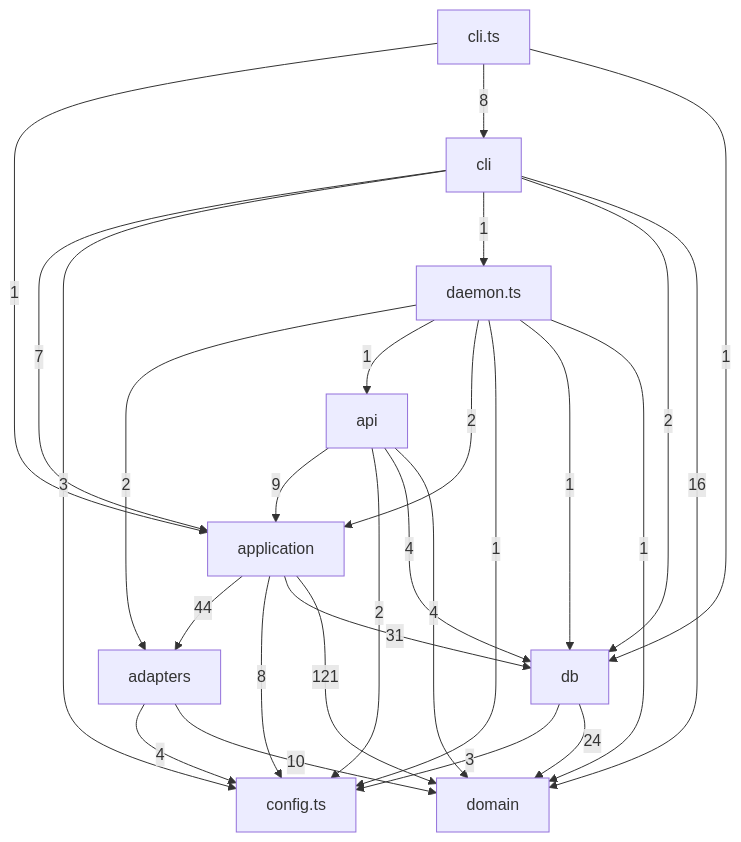
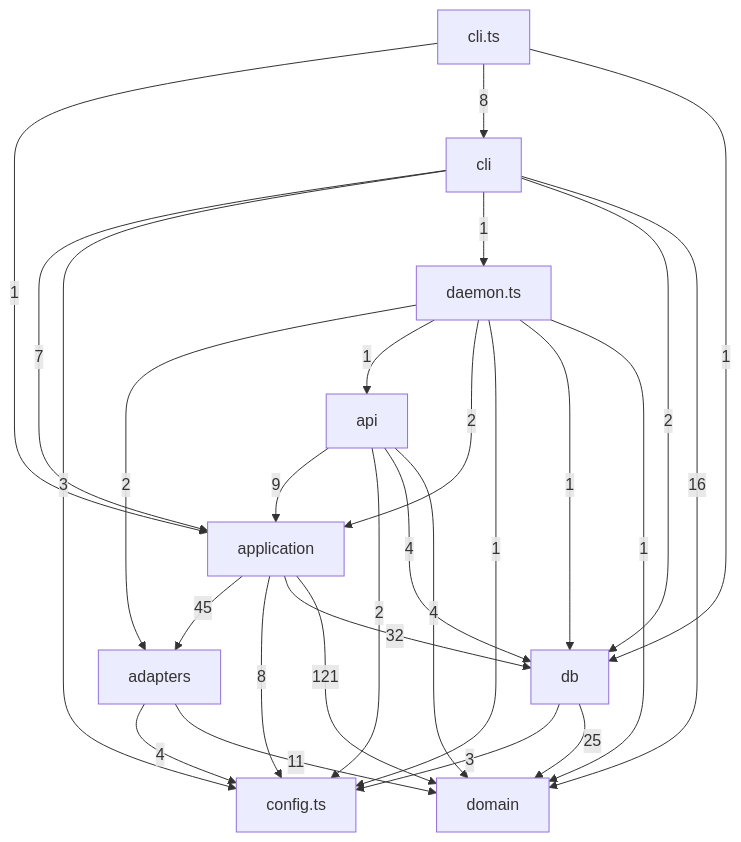
The third of 5 diagrams in docs/architecture.md (tomrobdev/agentdeck), drawn with Mermaid before and after one commit. The commit also changed other lines of this file and 39 other files, not shown here.

````diff
--- a/docs/architecture.md
+++ b/docs/architecture.md
@@ -101,38 +105,38 @@
 ```mermaid
 flowchart TD
   adapters["adapters"]
   api["api"]
   application["application"]
   cli["cli"]
   cli_ts["cli.ts"]
   config_ts["config.ts"]
   daemon_ts["daemon.ts"]
   db["db"]
   domain["domain"]
   adapters -->|4| config_ts
-  adapters -->|10| domain
+  adapters -->|11| domain
   api -->|9| application
   api -->|2| config_ts
   api -->|4| db
   api -->|4| domain
-  application -->|44| adapters
+  application -->|45| adapters
   application -->|8| config_ts
-  application -->|31| db
+  application -->|32| db
   application -->|121| domain
   cli_ts -->|1| application
   cli_ts -->|8| cli
   cli_ts -->|1| db
   cli -->|7| application
   cli -->|3| config_ts
   cli -->|1| daemon_ts
   cli -->|2| db
   cli -->|16| domain
   daemon_ts -->|2| adapters
   daemon_ts -->|1| api
   daemon_ts -->|2| application
   daemon_ts -->|1| config_ts
   daemon_ts -->|1| db
   daemon_ts -->|1| domain
   db -->|3| config_ts
-  db -->|24| domain
+  db -->|25| domain
 ```
````
